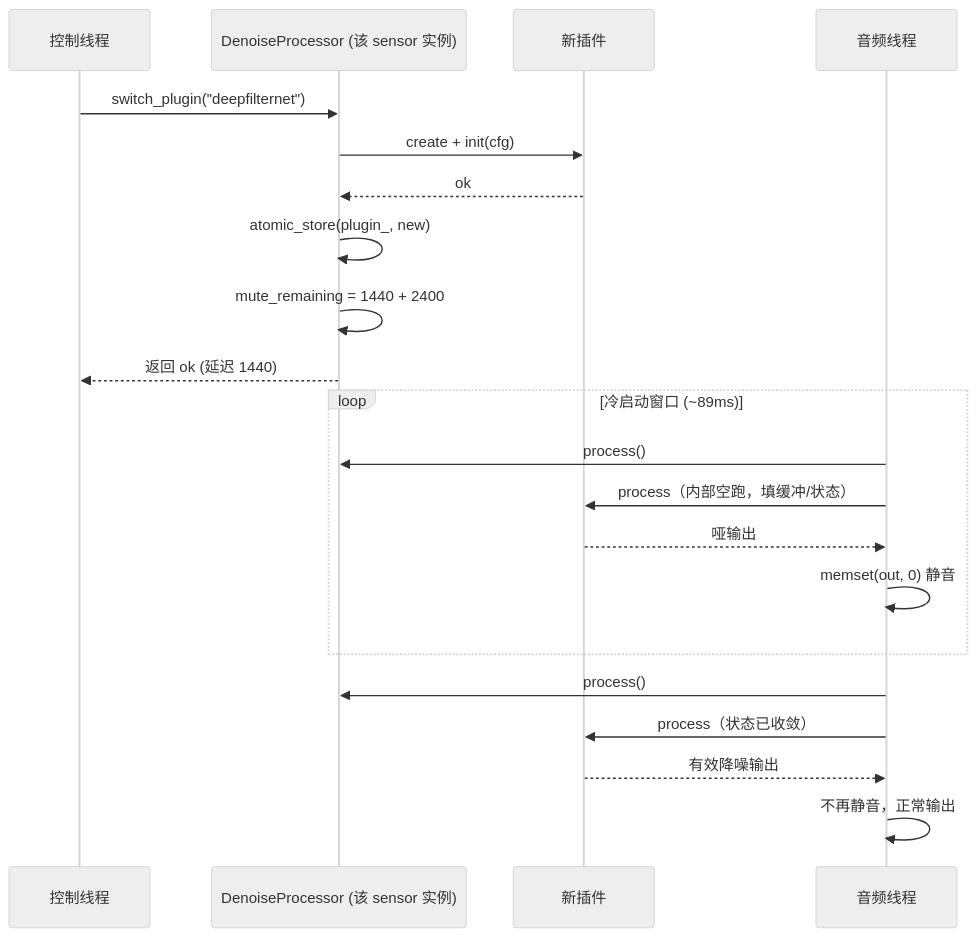
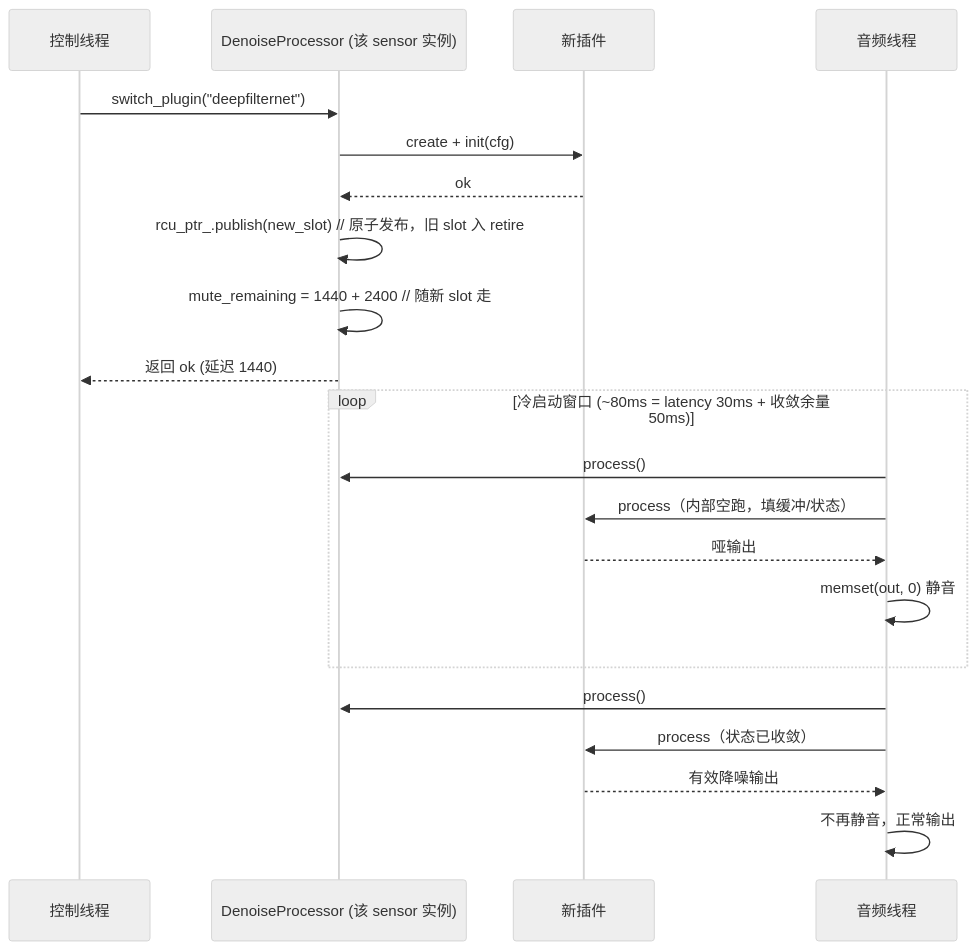
One commit to JunJunHub/aes67-linux-daemon changed the second of 4 diagrams in docs/noise/denoise-plugin-architecture.md. Above: the diagram before and after it, drawn with Mermaid (neutral theme). The commit also changed other lines of this file and 2 other files, not shown here.

````diff
--- a/docs/noise/denoise-plugin-architecture.md
+++ b/docs/noise/denoise-plugin-architecture.md
@@ -550,26 +625,26 @@
 ```mermaid
 sequenceDiagram
     participant CTL as 控制线程
     participant DP as DenoiseProcessor (该 sensor 实例)
     participant NP as 新插件
     participant AT as 音频线程
 
     CTL->>DP: switch_plugin("deepfilternet")
     DP->>NP: create + init(cfg)
     NP-->>DP: ok
-    DP->>DP: atomic_store(plugin_, new)
-    DP->>DP: mute_remaining = 1440 + 2400
+    DP->>DP: rcu_ptr_.publish(new_slot)  // 原子发布，旧 slot 入 retire
+    DP->>DP: mute_remaining = 1440 + 2400  // 随新 slot 走
     DP-->>CTL: 返回 ok (延迟 1440)
 
-    loop 冷启动窗口 (~89ms)
+    loop 冷启动窗口 (~80ms = latency 30ms + 收敛余量 50ms)
         AT->>DP: process()
         AT->>NP: process（内部空跑，填缓冲/状态）
         NP-->>AT: 哑输出
         AT->>AT: memset(out, 0) 静音
     end
 
     AT->>DP: process()
     AT->>NP: process（状态已收敛）
     NP-->>AT: 有效降噪输出
     AT->>AT: 不再静音，正常输出
 ```
````
